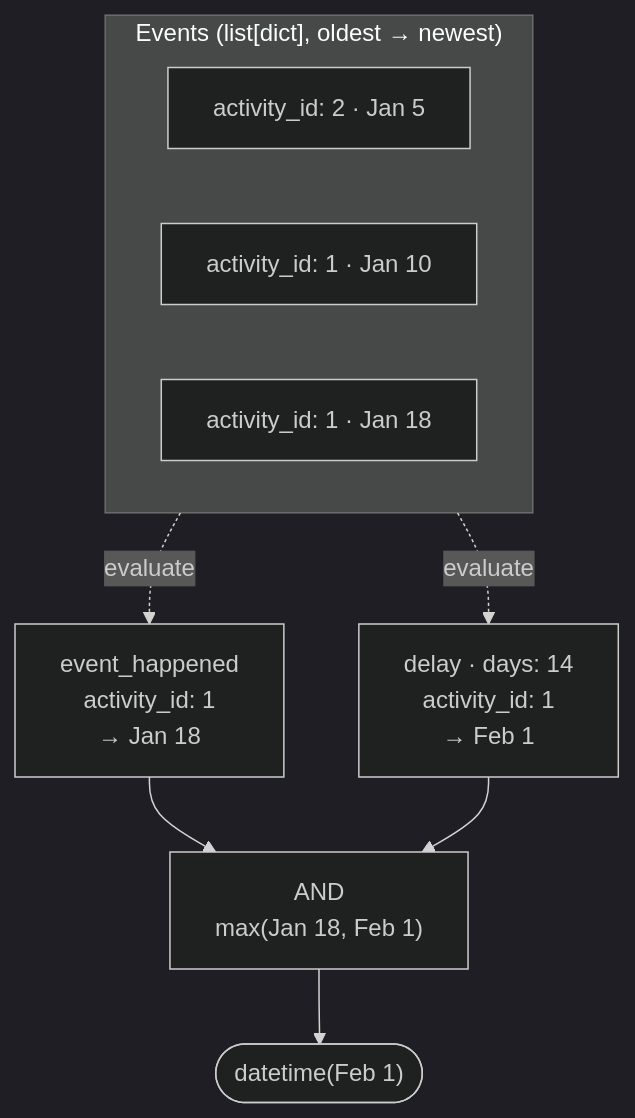
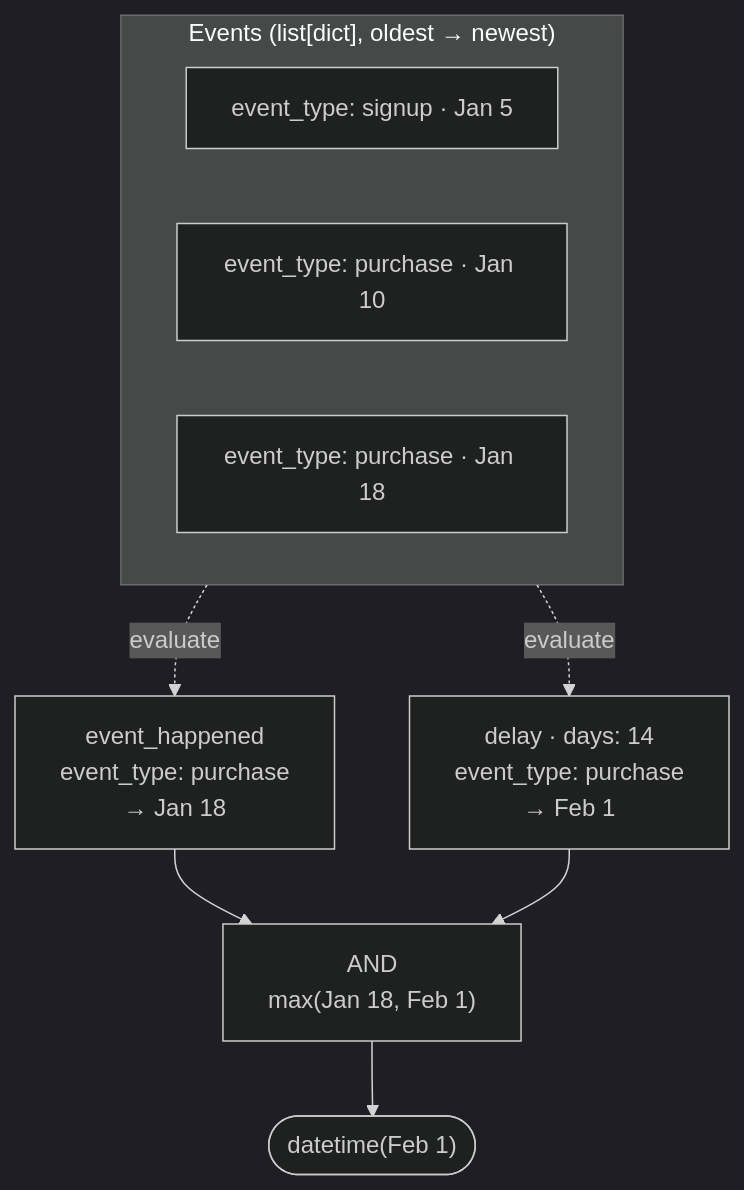
One commit to LongenesisLtd/decision-maker changed the diagram in README.md. Above: the diagram before and after it, drawn with Mermaid (dark theme). The commit also changed other lines of this file, not shown here.

````diff
--- a/README.md
+++ b/README.md
@@ -5,19 +5,19 @@
 ```mermaid
 flowchart TD
     subgraph events["Events  (list[dict], oldest → newest)"]
-        E1["activity_id: 2 · Jan 5"]
-        E2["activity_id: 1 · Jan 10"]
-        E3["activity_id: 1 · Jan 18"]
+        E1["event_type: signup · Jan 5"]
+        E2["event_type: purchase · Jan 10"]
+        E3["event_type: purchase · Jan 18"]
     end
 
-    EH["event_happened<br/>activity_id: 1<br/>→ Jan 18"]
-    DL["delay · days: 14<br/>activity_id: 1<br/>→ Feb 1"]
+    EH["event_happened<br/>event_type: purchase<br/>→ Jan 18"]
+    DL["delay · days: 14<br/>event_type: purchase<br/>→ Feb 1"]
     AND["AND<br/>max(Jan 18, Feb 1)"]
     R(["datetime(Feb 1)"])
 
     events -.->|evaluate| EH
     events -.->|evaluate| DL
     EH --> AND
     DL --> AND
     AND --> R
 ```
````
